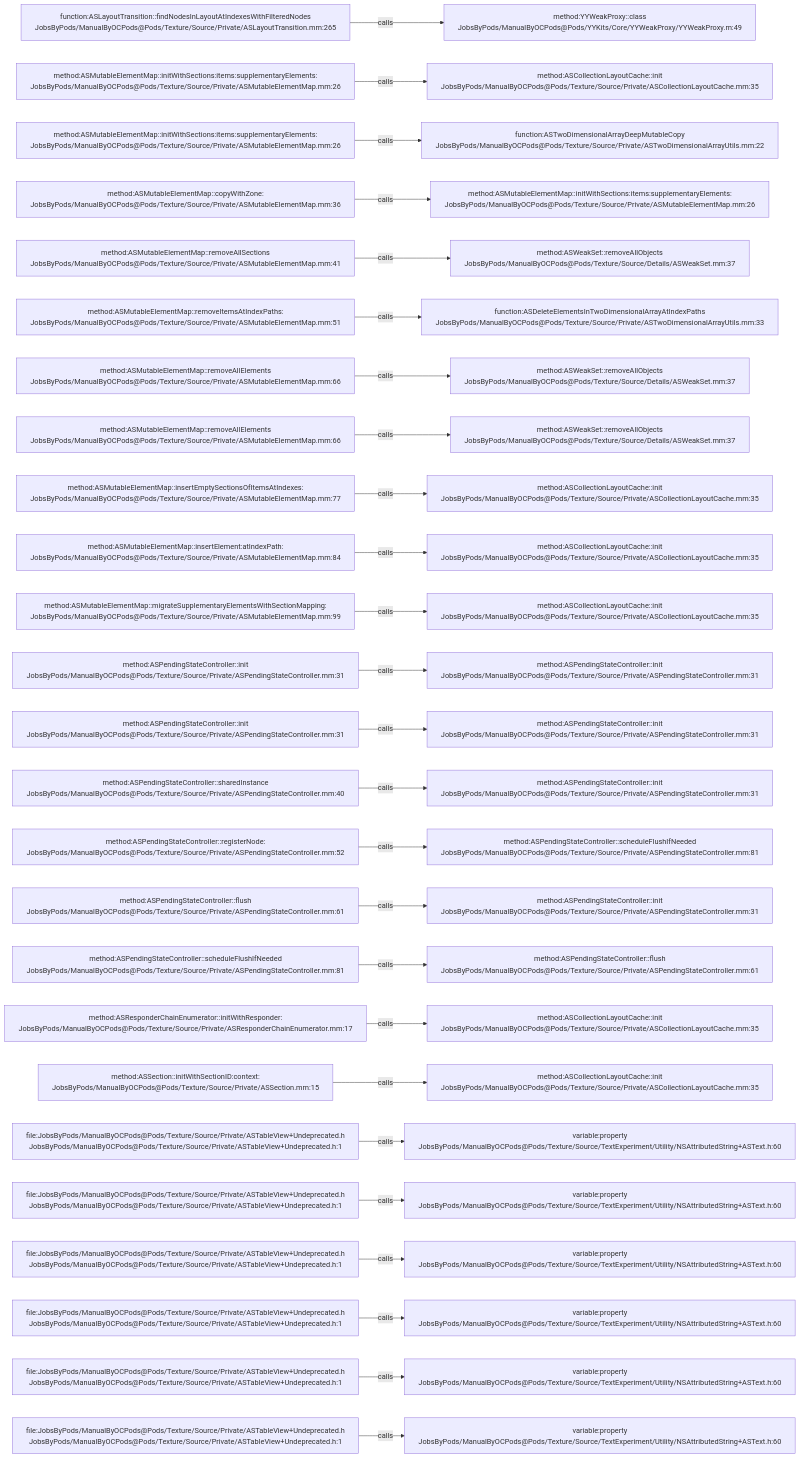
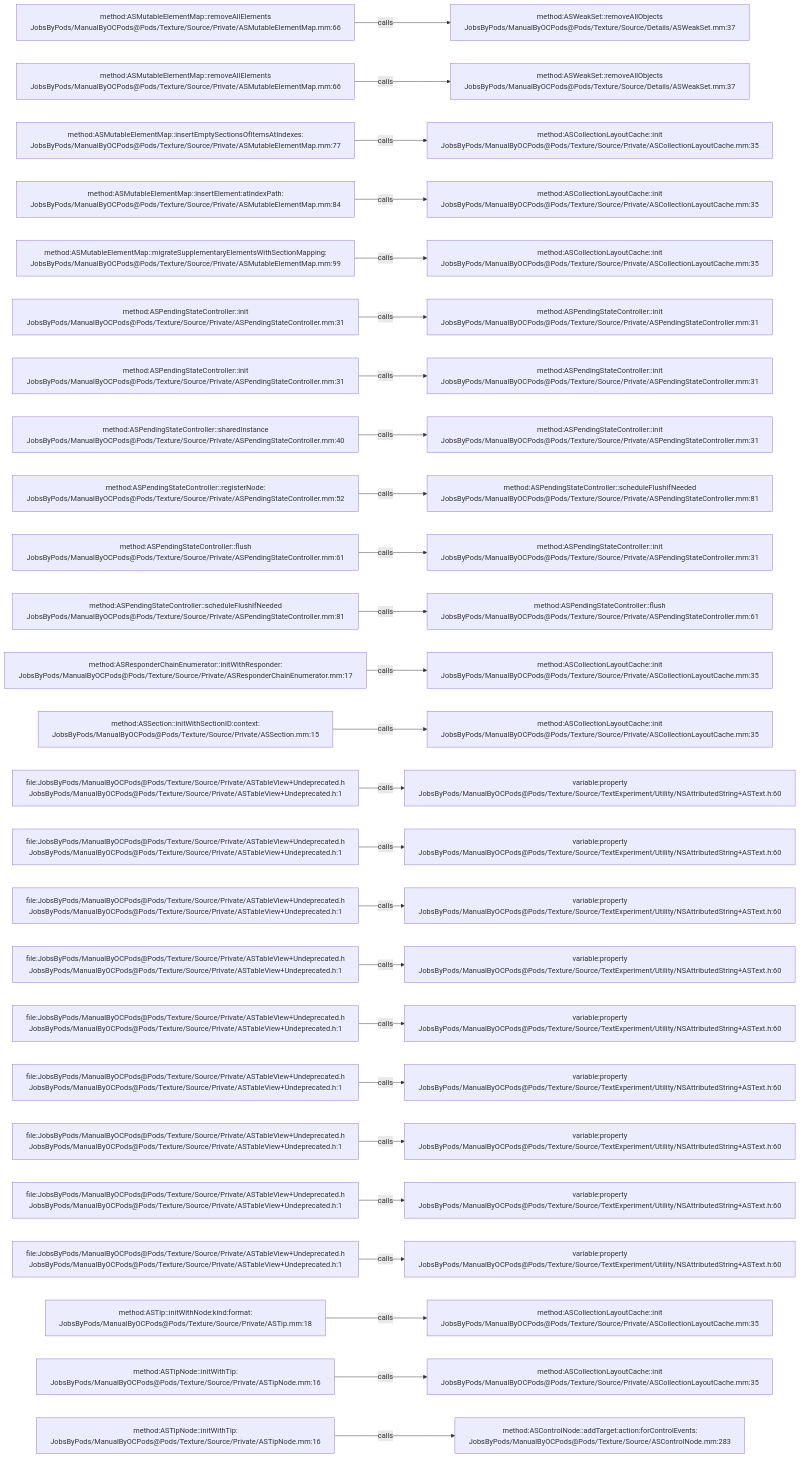
One commit to JobsKits/JobsOCBaseConfigDemo changed the diagram in .codegraph/codegraph.md/graphs/calls-183.md. Above: the diagram before and after it, drawn with Mermaid. The commit also changed 666 other files, not shown here.

````diff
--- a/.codegraph/codegraph.md/graphs/calls-183.md
+++ b/.codegraph/codegraph.md/graphs/calls-183.md
@@ -13,78 +13,78 @@
 ```mermaid
 flowchart LR
-  S1["function:ASLayoutTransition::findNodesInLayoutAtIndexesWithFilteredNodes<br/>JobsByPods/ManualByOCPods@Pods/Texture/Source/Private/ASLayoutTransition.mm:265"]
-  T1["method:YYWeakProxy::class<br/>JobsByPods/ManualByOCPods@Pods/YYKits/Core/YYWeakProxy/YYWeakProxy.m:49"]
+  S1["method:ASMutableElementMap::removeAllElements<br/>JobsByPods/ManualByOCPods@Pods/Texture/Source/Private/ASMutableElementMap.mm:66"]
+  T1["method:ASWeakSet::removeAllObjects<br/>JobsByPods/ManualByOCPods@Pods/Texture/Source/Details/ASWeakSet.mm:37"]
   S1 -->|calls| T1
-  S2["method:ASMutableElementMap::initWithSections:items:supplementaryElements:<br/>JobsByPods/ManualByOCPods@Pods/Texture/Source/Private/ASMutableElementMap.mm:26"]
-  T2["method:ASCollectionLayoutCache::init<br/>JobsByPods/ManualByOCPods@Pods/Texture/Source/Private/ASCollectionLayoutCache.mm:35"]
+  S2["method:ASMutableElementMap::removeAllElements<br/>JobsByPods/ManualByOCPods@Pods/Texture/Source/Private/ASMutableElementMap.mm:66"]
+  T2["method:ASWeakSet::removeAllObjects<br/>JobsByPods/ManualByOCPods@Pods/Texture/Source/Details/ASWeakSet.mm:37"]
   S2 -->|calls| T2
-  S3["method:ASMutableElementMap::initWithSections:items:supplementaryElements:<br/>JobsByPods/ManualByOCPods@Pods/Texture/Source/Private/ASMutableElementMap.mm:26"]
-  T3["function:ASTwoDimensionalArrayDeepMutableCopy<br/>JobsByPods/ManualByOCPods@Pods/Texture/Source/Private/ASTwoDimensionalArrayUtils.mm:22"]
+  S3["method:ASMutableElementMap::insertEmptySectionsOfItemsAtIndexes:<br/>JobsByPods/ManualByOCPods@Pods/Texture/Source/Private/ASMutableElementMap.mm:77"]
+  T3["method:ASCollectionLayoutCache::init<br/>JobsByPods/ManualByOCPods@Pods/Texture/Source/Private/ASCollectionLayoutCache.mm:35"]
   S3 -->|calls| T3
-  S4["method:ASMutableElementMap::copyWithZone:<br/>JobsByPods/ManualByOCPods@Pods/Texture/Source/Private/ASMutableElementMap.mm:36"]
-  T4["method:ASMutableElementMap::initWithSections:items:supplementaryElements:<br/>JobsByPods/ManualByOCPods@Pods/Texture/Source/Private/ASMutableElementMap.mm:26"]
+  S4["method:ASMutableElementMap::insertElement:atIndexPath:<br/>JobsByPods/ManualByOCPods@Pods/Texture/Source/Private/ASMutableElementMap.mm:84"]
+  T4["method:ASCollectionLayoutCache::init<br/>JobsByPods/ManualByOCPods@Pods/Texture/Source/Private/ASCollectionLayoutCache.mm:35"]
   S4 -->|calls| T4
-  S5["method:ASMutableElementMap::removeAllSections<br/>JobsByPods/ManualByOCPods@Pods/Texture/Source/Private/ASMutableElementMap.mm:41"]
-  T5["method:ASWeakSet::removeAllObjects<br/>JobsByPods/ManualByOCPods@Pods/Texture/Source/Details/ASWeakSet.mm:37"]
+  S5["method:ASMutableElementMap::migrateSupplementaryElementsWithSectionMapping:<br/>JobsByPods/ManualByOCPods@Pods/Texture/Source/Private/ASMutableElementMap.mm:99"]
+  T5["method:ASCollectionLayoutCache::init<br/>JobsByPods/ManualByOCPods@Pods/Texture/Source/Private/ASCollectionLayoutCache.mm:35"]
   S5 -->|calls| T5
-  S6["method:ASMutableElementMap::removeItemsAtIndexPaths:<br/>JobsByPods/ManualByOCPods@Pods/Texture/Source/Private/ASMutableElementMap.mm:51"]
-  T6["function:ASDeleteElementsInTwoDimensionalArrayAtIndexPaths<br/>JobsByPods/ManualByOCPods@Pods/Texture/Source/Private/ASTwoDimensionalArrayUtils.mm:33"]
+  S6["method:ASPendingStateController::init<br/>JobsByPods/ManualByOCPods@Pods/Texture/Source/Private/ASPendingStateController.mm:31"]
+  T6["method:ASPendingStateController::init<br/>JobsByPods/ManualByOCPods@Pods/Texture/Source/Private/ASPendingStateController.mm:31"]
   S6 -->|calls| T6
-  S7["method:ASMutableElementMap::removeAllElements<br/>JobsByPods/ManualByOCPods@Pods/Texture/Source/Private/ASMutableElementMap.mm:66"]
-  T7["method:ASWeakSet::removeAllObjects<br/>JobsByPods/ManualByOCPods@Pods/Texture/Source/Details/ASWeakSet.mm:37"]
+  S7["method:ASPendingStateController::init<br/>JobsByPods/ManualByOCPods@Pods/Texture/Source/Private/ASPendingStateController.mm:31"]
+  T7["method:ASPendingStateController::init<br/>JobsByPods/ManualByOCPods@Pods/Texture/Source/Private/ASPendingStateController.mm:31"]
   S7 -->|calls| T7
-  S8["method:ASMutableElementMap::removeAllElements<br/>JobsByPods/ManualByOCPods@Pods/Texture/Source/Private/ASMutableElementMap.mm:66"]
-  T8["method:ASWeakSet::removeAllObjects<br/>JobsByPods/ManualByOCPods@Pods/Texture/Source/Details/ASWeakSet.mm:37"]
+  S8["method:ASPendingStateController::sharedInstance<br/>JobsByPods/ManualByOCPods@Pods/Texture/Source/Private/ASPendingStateController.mm:40"]
+  T8["method:ASPendingStateController::init<br/>JobsByPods/ManualByOCPods@Pods/Texture/Source/Private/ASPendingStateController.mm:31"]
   S8 -->|calls| T8
-  S9["method:ASMutableElementMap::insertEmptySectionsOfItemsAtIndexes:<br/>JobsByPods/ManualByOCPods@Pods/Texture/Source/Private/ASMutableElementMap.mm:77"]
-  T9["method:ASCollectionLayoutCache::init<br/>JobsByPods/ManualByOCPods@Pods/Texture/Source/Private/ASCollectionLayoutCache.mm:35"]
+  S9["method:ASPendingStateController::registerNode:<br/>JobsByPods/ManualByOCPods@Pods/Texture/Source/Private/ASPendingStateController.mm:52"]
+  T9["method:ASPendingStateController::scheduleFlushIfNeeded<br/>JobsByPods/ManualByOCPods@Pods/Texture/Source/Private/ASPendingStateController.mm:81"]
   S9 -->|calls| T9
-  S10["method:ASMutableElementMap::insertElement:atIndexPath:<br/>JobsByPods/ManualByOCPods@Pods/Texture/Source/Private/ASMutableElementMap.mm:84"]
-  T10["method:ASCollectionLayoutCache::init<br/>JobsByPods/ManualByOCPods@Pods/Texture/Source/Private/ASCollectionLayoutCache.mm:35"]
+  S10["method:ASPendingStateController::flush<br/>JobsByPods/ManualByOCPods@Pods/Texture/Source/Private/ASPendingStateController.mm:61"]
+  T10["method:ASPendingStateController::init<br/>JobsByPods/ManualByOCPods@Pods/Texture/Source/Private/ASPendingStateController.mm:31"]
   S10 -->|calls| T10
-  S11["method:ASMutableElementMap::migrateSupplementaryElementsWithSectionMapping:<br/>JobsByPods/ManualByOCPods@Pods/Texture/Source/Private/ASMutableElementMap.mm:99"]
-  T11["method:ASCollectionLayoutCache::init<br/>JobsByPods/ManualByOCPods@Pods/Texture/Source/Private/ASCollectionLayoutCache.mm:35"]
+  S11["method:ASPendingStateController::scheduleFlushIfNeeded<br/>JobsByPods/ManualByOCPods@Pods/Texture/Source/Private/ASPendingStateController.mm:81"]
+  T11["method:ASPendingStateController::flush<br/>JobsByPods/ManualByOCPods@Pods/Texture/Source/Private/ASPendingStateController.mm:61"]
   S11 -->|calls| T11
-  S12["method:ASPendingStateController::init<br/>JobsByPods/ManualByOCPods@Pods/Texture/Source/Private/ASPendingStateController.mm:31"]
-  T12["method:ASPendingStateController::init<br/>JobsByPods/ManualByOCPods@Pods/Texture/Source/Private/ASPendingStateController.mm:31"]
+  S12["method:ASResponderChainEnumerator::initWithResponder:<br/>JobsByPods/ManualByOCPods@Pods/Texture/Source/Private/ASResponderChainEnumerator.mm:17"]
+  T12["method:ASCollectionLayoutCache::init<br/>JobsByPods/ManualByOCPods@Pods/Texture/Source/Private/ASCollectionLayoutCache.mm:35"]
   S12 -->|calls| T12
-  S13["method:ASPendingStateController::init<br/>JobsByPods/ManualByOCPods@Pods/Texture/Source/Private/ASPendingStateController.mm:31"]
-  T13["method:ASPendingStateController::init<br/>JobsByPods/ManualByOCPods@Pods/Texture/Source/Private/ASPendingStateController.mm:31"]
+  S13["method:ASSection::initWithSectionID:context:<br/>JobsByPods/ManualByOCPods@Pods/Texture/Source/Private/ASSection.mm:15"]
+  T13["method:ASCollectionLayoutCache::init<br/>JobsByPods/ManualByOCPods@Pods/Texture/Source/Private/ASCollectionLayoutCache.mm:35"]
   S13 -->|calls| T13
-  S14["method:ASPendingStateController::sharedInstance<br/>JobsByPods/ManualByOCPods@Pods/Texture/Source/Private/ASPendingStateController.mm:40"]
-  T14["method:ASPendingStateController::init<br/>JobsByPods/ManualByOCPods@Pods/Texture/Source/Private/ASPendingStateController.mm:31"]
+  S14["file:JobsByPods/ManualByOCPods@Pods/Texture/Source/Private/ASTableView+Undeprecated.h<br/>JobsByPods/ManualByOCPods@Pods/Texture/Source/Private/ASTableView+Undeprecated.h:1"]
+  T14["variable:property<br/>JobsByPods/ManualByOCPods@Pods/Texture/Source/TextExperiment/Utility/NSAttributedString+ASText.h:60"]
   S14 -->|calls| T14
-  S15["method:ASPendingStateController::registerNode:<br/>JobsByPods/ManualByOCPods@Pods/Texture/Source/Private/ASPendingStateController.mm:52"]
-  T15["method:ASPendingStateController::scheduleFlushIfNeeded<br/>JobsByPods/ManualByOCPods@Pods/Texture/Source/Private/ASPendingStateController.mm:81"]
+  S15["file:JobsByPods/ManualByOCPods@Pods/Texture/Source/Private/ASTableView+Undeprecated.h<br/>JobsByPods/ManualByOCPods@Pods/Texture/Source/Private/ASTableView+Undeprecated.h:1"]
+  T15["variable:property<br/>JobsByPods/ManualByOCPods@Pods/Texture/Source/TextExperiment/Utility/NSAttributedString+ASText.h:60"]
   S15 -->|calls| T15
-  S16["method:ASPendingStateController::flush<br/>JobsByPods/ManualByOCPods@Pods/Texture/Source/Private/ASPendingStateController.mm:61"]
-  T16["method:ASPendingStateController::init<br/>JobsByPods/ManualByOCPods@Pods/Texture/Source/Private/ASPendingStateController.mm:31"]
+  S16["file:JobsByPods/ManualByOCPods@Pods/Texture/Source/Private/ASTableView+Undeprecated.h<br/>JobsByPods/ManualByOCPods@Pods/Texture/Source/Private/ASTableView+Undeprecated.h:1"]
+  T16["variable:property<br/>JobsByPods/ManualByOCPods@Pods/Texture/Source/TextExperiment/Utility/NSAttributedString+ASText.h:60"]
   S16 -->|calls| T16
-  S17["method:ASPendingStateController::scheduleFlushIfNeeded<br/>JobsByPods/ManualByOCPods@Pods/Texture/Source/Private/ASPendingStateController.mm:81"]
-  T17["method:ASPendingStateController::flush<br/>JobsByPods/ManualByOCPods@Pods/Texture/Source/Private/ASPendingStateController.mm:61"]
+  S17["file:JobsByPods/ManualByOCPods@Pods/Texture/Source/Private/ASTableView+Undeprecated.h<br/>JobsByPods/ManualByOCPods@Pods/Texture/Source/Private/ASTableView+Undeprecated.h:1"]
+  T17["variable:property<br/>JobsByPods/ManualByOCPods@Pods/Texture/Source/TextExperiment/Utility/NSAttributedString+ASText.h:60"]
   S17 -->|calls| T17
-  S18["method:ASResponderChainEnumerator::initWithResponder:<br/>JobsByPods/ManualByOCPods@Pods/Texture/Source/Private/ASResponderChainEnumerator.mm:17"]
-  T18["method:ASCollectionLayoutCache::init<br/>JobsByPods/ManualByOCPods@Pods/Texture/Source/Private/ASCollectionLayoutCache.mm:35"]
+  S18["file:JobsByPods/ManualByOCPods@Pods/Texture/Source/Private/ASTableView+Undeprecated.h<br/>JobsByPods/ManualByOCPods@Pods/Texture/Source/Private/ASTableView+Undeprecated.h:1"]
+  T18["variable:property<br/>JobsByPods/ManualByOCPods@Pods/Texture/Source/TextExperiment/Utility/NSAttributedString+ASText.h:60"]
   S18 -->|calls| T18
-  S19["method:ASSection::initWithSectionID:context:<br/>JobsByPods/ManualByOCPods@Pods/Texture/Source/Private/ASSection.mm:15"]
-  T19["method:ASCollectionLayoutCache::init<br/>JobsByPods/ManualByOCPods@Pods/Texture/Source/Private/ASCollectionLayoutCache.mm:35"]
+  S19["file:JobsByPods/ManualByOCPods@Pods/Texture/Source/Private/ASTableView+Undeprecated.h<br/>JobsByPods/ManualByOCPods@Pods/Texture/Source/Private/ASTableView+Undeprecated.h:1"]
+  T19["variable:property<br/>JobsByPods/ManualByOCPods@Pods/Texture/Source/TextExperiment/Utility/NSAttributedString+ASText.h:60"]
   S19 -->|calls| T19
   S20["file:JobsByPods/ManualByOCPods@Pods/Texture/Source/Private/ASTableView+Undeprecated.h<br/>JobsByPods/ManualByOCPods@Pods/Texture/Source/Private/ASTableView+Undeprecated.h:1"]
   T20["variable:property<br/>JobsByPods/ManualByOCPods@Pods/Texture/Source/TextExperiment/Utility/NSAttributedString+ASText.h:60"]
   S20 -->|calls| T20
   S21["file:JobsByPods/ManualByOCPods@Pods/Texture/Source/Private/ASTableView+Undeprecated.h<br/>JobsByPods/ManualByOCPods@Pods/Texture/Source/Private/ASTableView+Undeprecated.h:1"]
   T21["variable:property<br/>JobsByPods/ManualByOCPods@Pods/Texture/Source/TextExperiment/Utility/NSAttributedString+ASText.h:60"]
   S21 -->|calls| T21
   S22["file:JobsByPods/ManualByOCPods@Pods/Texture/Source/Private/ASTableView+Undeprecated.h<br/>JobsByPods/ManualByOCPods@Pods/Texture/Source/Private/ASTableView+Undeprecated.h:1"]
   T22["variable:property<br/>JobsByPods/ManualByOCPods@Pods/Texture/Source/TextExperiment/Utility/NSAttributedString+ASText.h:60"]
   S22 -->|calls| T22
-  S23["file:JobsByPods/ManualByOCPods@Pods/Texture/Source/Private/ASTableView+Undeprecated.h<br/>JobsByPods/ManualByOCPods@Pods/Texture/Source/Private/ASTableView+Undeprecated.h:1"]
-  T23["variable:property<br/>JobsByPods/ManualByOCPods@Pods/Texture/Source/TextExperiment/Utility/NSAttributedString+ASText.h:60"]
+  S23["method:ASTip::initWithNode:kind:format:<br/>JobsByPods/ManualByOCPods@Pods/Texture/Source/Private/ASTip.mm:18"]
+  T23["method:ASCollectionLayoutCache::init<br/>JobsByPods/ManualByOCPods@Pods/Texture/Source/Private/ASCollectionLayoutCache.mm:35"]
   S23 -->|calls| T23
-  S24["file:JobsByPods/ManualByOCPods@Pods/Texture/Source/Private/ASTableView+Undeprecated.h<br/>JobsByPods/ManualByOCPods@Pods/Texture/Source/Private/ASTableView+Undeprecated.h:1"]
-  T24["variable:property<br/>JobsByPods/ManualByOCPods@Pods/Texture/Source/TextExperiment/Utility/NSAttributedString+ASText.h:60"]
+  S24["method:ASTipNode::initWithTip:<br/>JobsByPods/ManualByOCPods@Pods/Texture/Source/Private/ASTipNode.mm:16"]
+  T24["method:ASCollectionLayoutCache::init<br/>JobsByPods/ManualByOCPods@Pods/Texture/Source/Private/ASCollectionLayoutCache.mm:35"]
   S24 -->|calls| T24
-  S25["file:JobsByPods/ManualByOCPods@Pods/Texture/Source/Private/ASTableView+Undeprecated.h<br/>JobsByPods/ManualByOCPods@Pods/Texture/Source/Private/ASTableView+Undeprecated.h:1"]
-  T25["variable:property<br/>JobsByPods/ManualByOCPods@Pods/Texture/Source/TextExperiment/Utility/NSAttributedString+ASText.h:60"]
+  S25["method:ASTipNode::initWithTip:<br/>JobsByPods/ManualByOCPods@Pods/Texture/Source/Private/ASTipNode.mm:16"]
+  T25["method:ASControlNode::addTarget:action:forControlEvents:<br/>JobsByPods/ManualByOCPods@Pods/Texture/Source/ASControlNode.mm:283"]
   S25 -->|calls| T25
 ```
````
